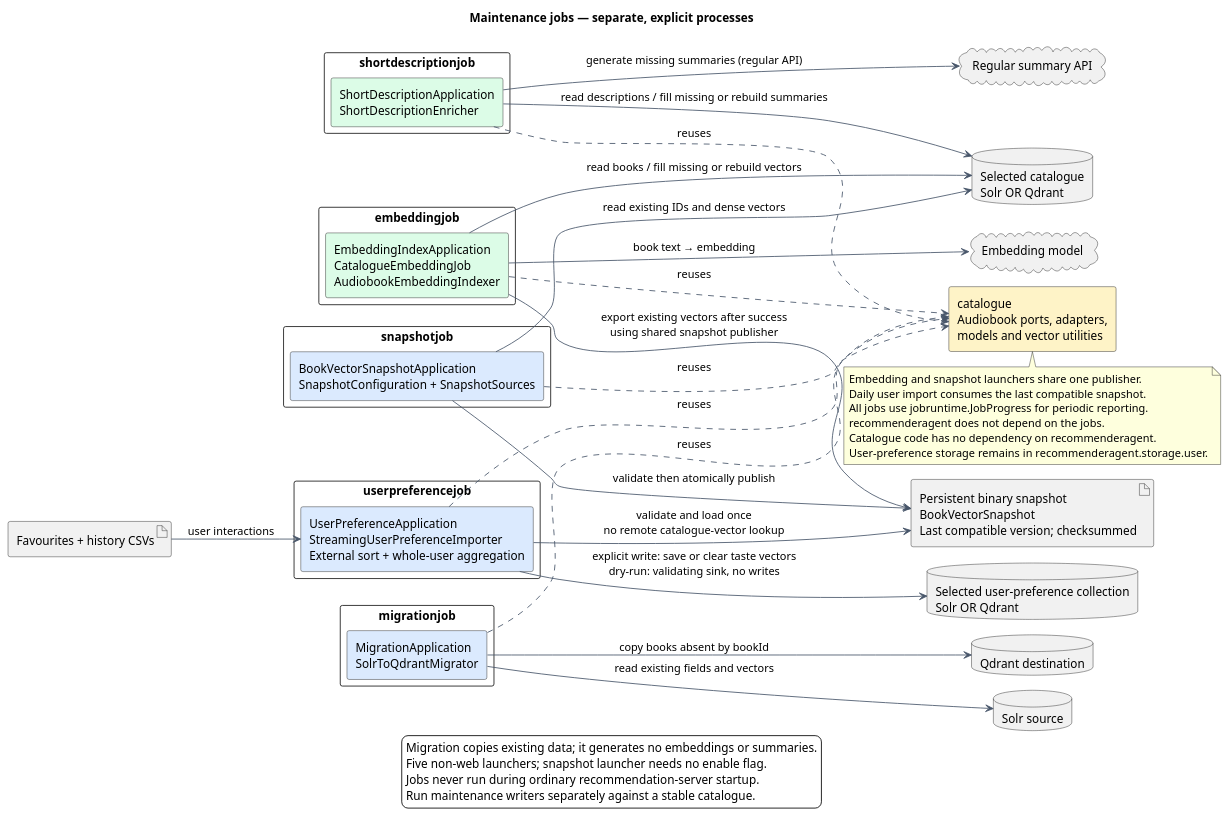
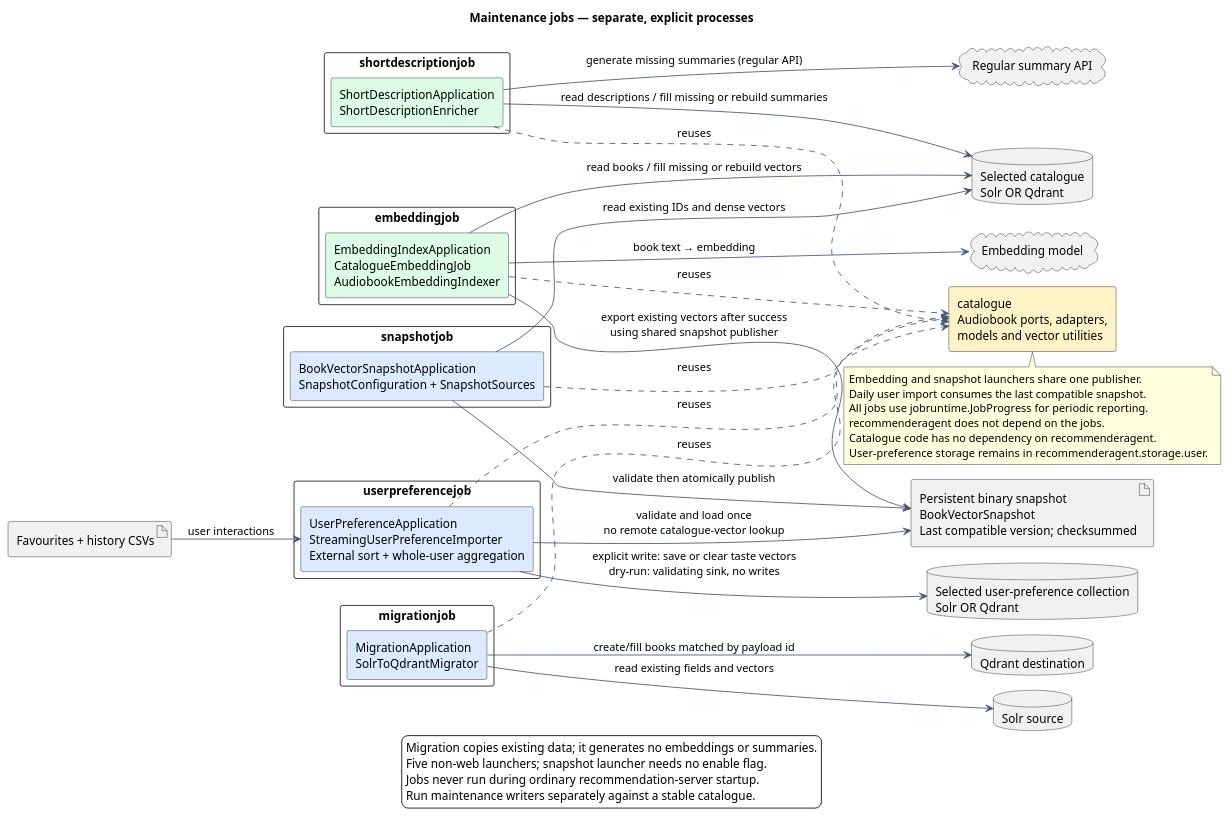
Before and after one commit to Juliu9/IT-Project: the diagram in docs/diagrams/maintenance-jobs.puml, drawn with PlantUML. The commit also changed 69 other files, not shown here.

First line of the commit message:
Align catalogue schema and fill missing migration metadata

```diff
--- a/docs/diagrams/maintenance-jobs.puml
+++ b/docs/diagrams/maintenance-jobs.puml
@@ -1,70 +1,70 @@
 @startuml
 !pragma layout smetana
 title Maintenance jobs — separate, explicit processes
 left to right direction
 skinparam backgroundColor #FFFFFF
 skinparam shadowing false
 skinparam componentStyle rectangle
 skinparam packageStyle rectangle
 skinparam defaultFontName SansSerif
 skinparam ArrowColor #475569
 
 package "embeddingjob" {
   component "EmbeddingIndexApplication\nCatalogueEmbeddingJob\nAudiobookEmbeddingIndexer" as Embedding #DCFCE7
 }
 package "shortdescriptionjob" {
   component "ShortDescriptionApplication\nShortDescriptionEnricher" as Summary #DCFCE7
 }
 package "migrationjob" {
   component "MigrationApplication\nSolrToQdrantMigrator" as Migration #DBEAFE
 }
 package "userpreferencejob" {
   component "UserPreferenceApplication\nStreamingUserPreferenceImporter\nExternal sort + whole-user aggregation" as Preferences #DBEAFE
 }
 package "snapshotjob" {
   component "BookVectorSnapshotApplication\nSnapshotConfiguration + SnapshotSources" as Snapshot #DBEAFE
 }
 component "catalogue\nAudiobook ports, adapters,\nmodels and vector utilities" as Shared #FEF3C7
 database "Selected catalogue\nSolr OR Qdrant" as Catalogue
 database "Solr source" as SolrSource
 database "Qdrant destination" as QdrantTarget
 database "Selected user-preference collection\nSolr OR Qdrant" as UserStore
 artifact "Persistent binary snapshot\nBookVectorSnapshot\nLast compatible version; checksummed" as LocalSnapshot
 artifact "Favourites + history CSVs" as CSV
 cloud "Embedding model" as EmbeddingModel
 cloud "Regular summary API" as SummaryModel
 
 Embedding ..> Shared : reuses
 Summary ..> Shared : reuses
 Migration ..> Shared : reuses
 Preferences ..> Shared : reuses
 Snapshot ..> Shared : reuses
 
 Embedding --> Catalogue : read books / fill missing or rebuild vectors
 Embedding --> EmbeddingModel : book text → embedding
 Embedding --> LocalSnapshot : export existing vectors after success\nusing shared snapshot publisher
 Snapshot --> Catalogue : read existing IDs and dense vectors
 Snapshot --> LocalSnapshot : validate then atomically publish
 Summary --> Catalogue : read descriptions / fill missing or rebuild summaries
 Summary --> SummaryModel : generate missing summaries (regular API)
 Migration --> SolrSource : read existing fields and vectors
-Migration --> QdrantTarget : copy books absent by bookId
+Migration --> QdrantTarget : create/fill books matched by payload id
 CSV --> Preferences : user interactions
 Preferences --> LocalSnapshot : validate and load once\nno remote catalogue-vector lookup
 Preferences --> UserStore : explicit write: save or clear taste vectors\ndry-run: validating sink, no writes
 
 note bottom of Shared
   Embedding and snapshot launchers share one publisher.
   Daily user import consumes the last compatible snapshot.
   All jobs use jobruntime.JobProgress for periodic reporting.
   recommenderagent does not depend on the jobs.
   Catalogue code has no dependency on recommenderagent.
   User-preference storage remains in recommenderagent.storage.user.
 end note
 legend bottom
   Migration copies existing data; it generates no embeddings or summaries.
   Five non-web launchers; snapshot launcher needs no enable flag.
   Jobs never run during ordinary recommendation-server startup.
   Run maintenance writers separately against a stable catalogue.
 endlegend
 @enduml
```
